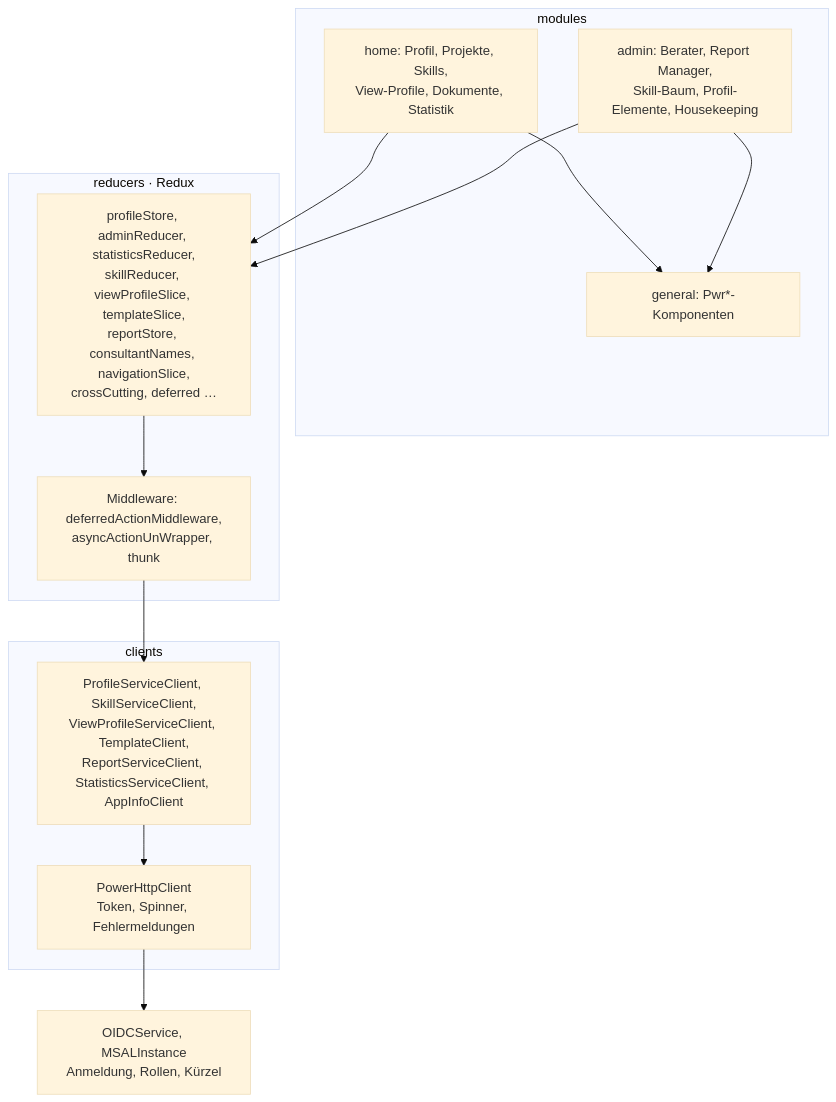
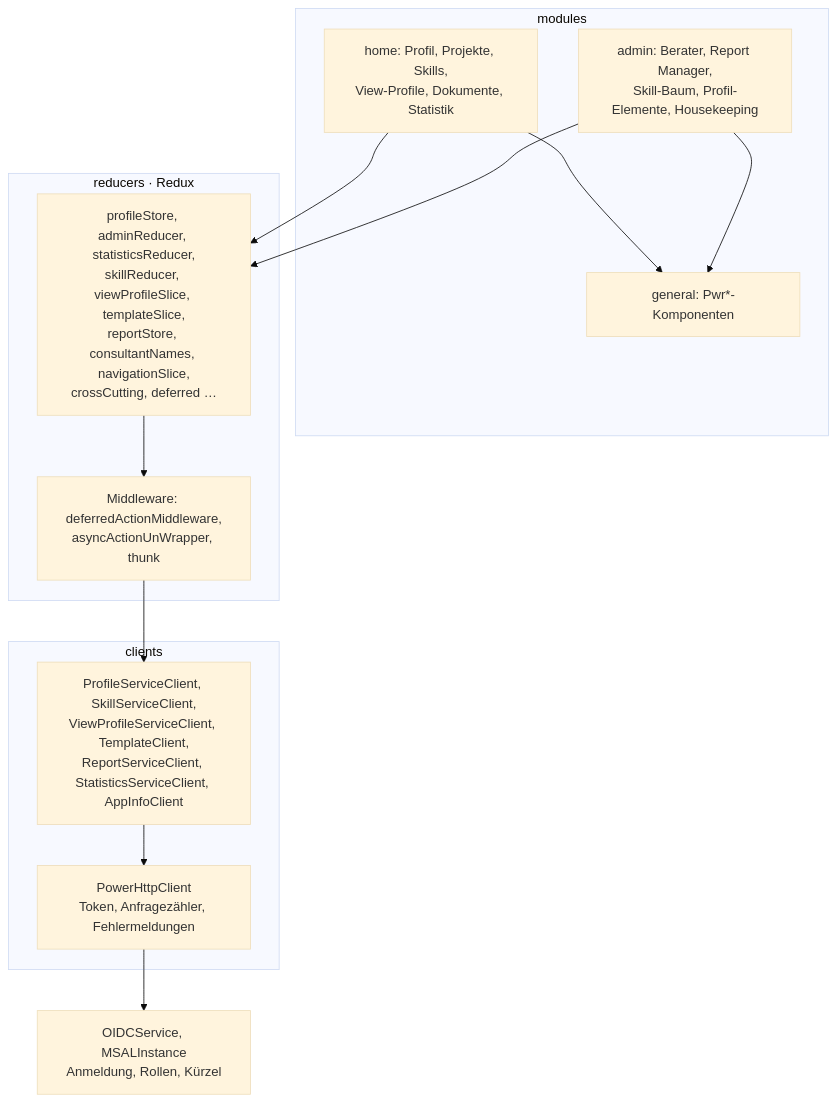
One commit to HBTGmbH/hbt-power changed the tenth of 11 diagrams in docs/arc42/05-bausteinsicht.md. Above: the diagram before and after it, drawn with Mermaid (base theme). The commit also changed 37 other files, not shown here.

````diff
--- a/docs/arc42/05-bausteinsicht.md
+++ b/docs/arc42/05-bausteinsicht.md
@@ -350,22 +350,22 @@
 ```mermaid
 flowchart TB
     subgraph UI[modules]
         HOME["home: Profil, Projekte, Skills,<br/>View-Profile, Dokumente, Statistik"]
         ADM["admin: Berater, Report Manager,<br/>Skill-Baum, Profil-Elemente, Housekeeping"]
         GEN["general: Pwr*-Komponenten"]
     end
     subgraph State[reducers · Redux]
         RED["profileStore, adminReducer, statisticsReducer,<br/>skillReducer, viewProfileSlice, templateSlice,<br/>reportStore, consultantNames, navigationSlice,<br/>crossCutting, deferred …"]
         MW["Middleware: deferredActionMiddleware,<br/>asyncActionUnWrapper, thunk"]
     end
     subgraph Clients[clients]
-        HTTP["PowerHttpClient<br/>Token, Spinner, Fehlermeldungen"]
+        HTTP["PowerHttpClient<br/>Token, Anfragezähler, Fehlermeldungen"]
         CL["ProfileServiceClient, SkillServiceClient,<br/>ViewProfileServiceClient, TemplateClient,<br/>ReportServiceClient, StatisticsServiceClient, AppInfoClient"]
     end
     AUTH["OIDCService, MSALInstance<br/>Anmeldung, Rollen, Kürzel"]
 
     HOME & ADM --> GEN
     HOME & ADM --> RED
     RED --> MW --> CL --> HTTP
     HTTP --> AUTH
 ```
````
